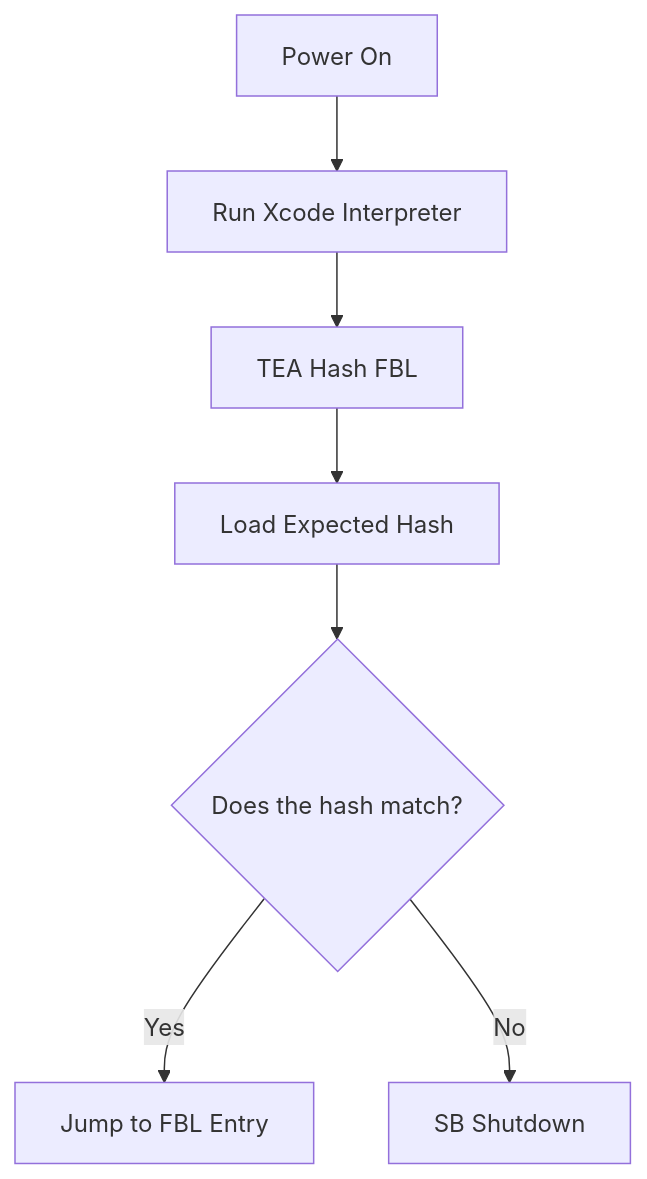
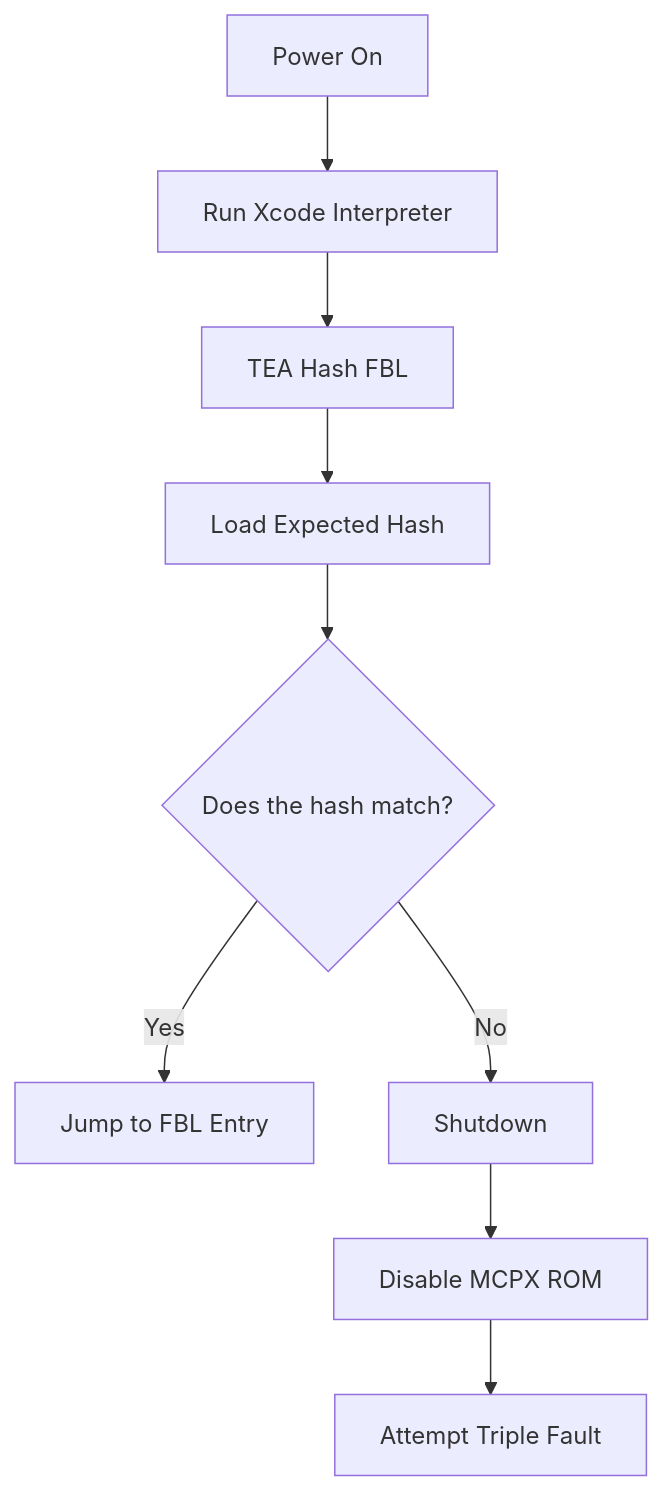
The diagram in boot_state_diagram_mcpx_rev1.md (tommojphillips/XboxBiosTool), drawn with Mermaid before and after one commit.

````diff
--- a/boot_state_diagram_mcpx_rev1.md
+++ b/boot_state_diagram_mcpx_rev1.md
@@ -2,16 +2,19 @@
 ```mermaid
 flowchart TB
 
 PWR_ON[Power On]-->SB_XCODE_INTERP
 SB_XCODE_INTERP[Run Xcode Interpreter]-->SB_HASH_FBL
 SB_HASH_FBL[TEA Hash FBL]-->SB_LOAD_STORED_HASH
 SB_LOAD_STORED_HASH[Load Expected Hash]-->SB_DOES_HASH_MATCH{Does the hash match?}
 
 SB_DOES_HASH_MATCH-->|Yes|FBL_ENTRY
 SB_DOES_HASH_MATCH-->|No|SB_SHUTDOWN
 
-SB_SHUTDOWN[SB Shutdown]
+SB_SHUTDOWN[Shutdown]-->DISABLE_SB_ROM
 FBL_ENTRY[Jump to FBL Entry]
+
+DISABLE_SB_ROM[Disable MCPX ROM]-->ATTEMPT_TRIPLE_FAULT
+ATTEMPT_TRIPLE_FAULT[Attempt Triple Fault]
 
 click FBL_ENTRY "https://github.com/tommojphillips/XboxBiosTool/blob/master/boot_state_diagram_fbl.md"
 ```
````
